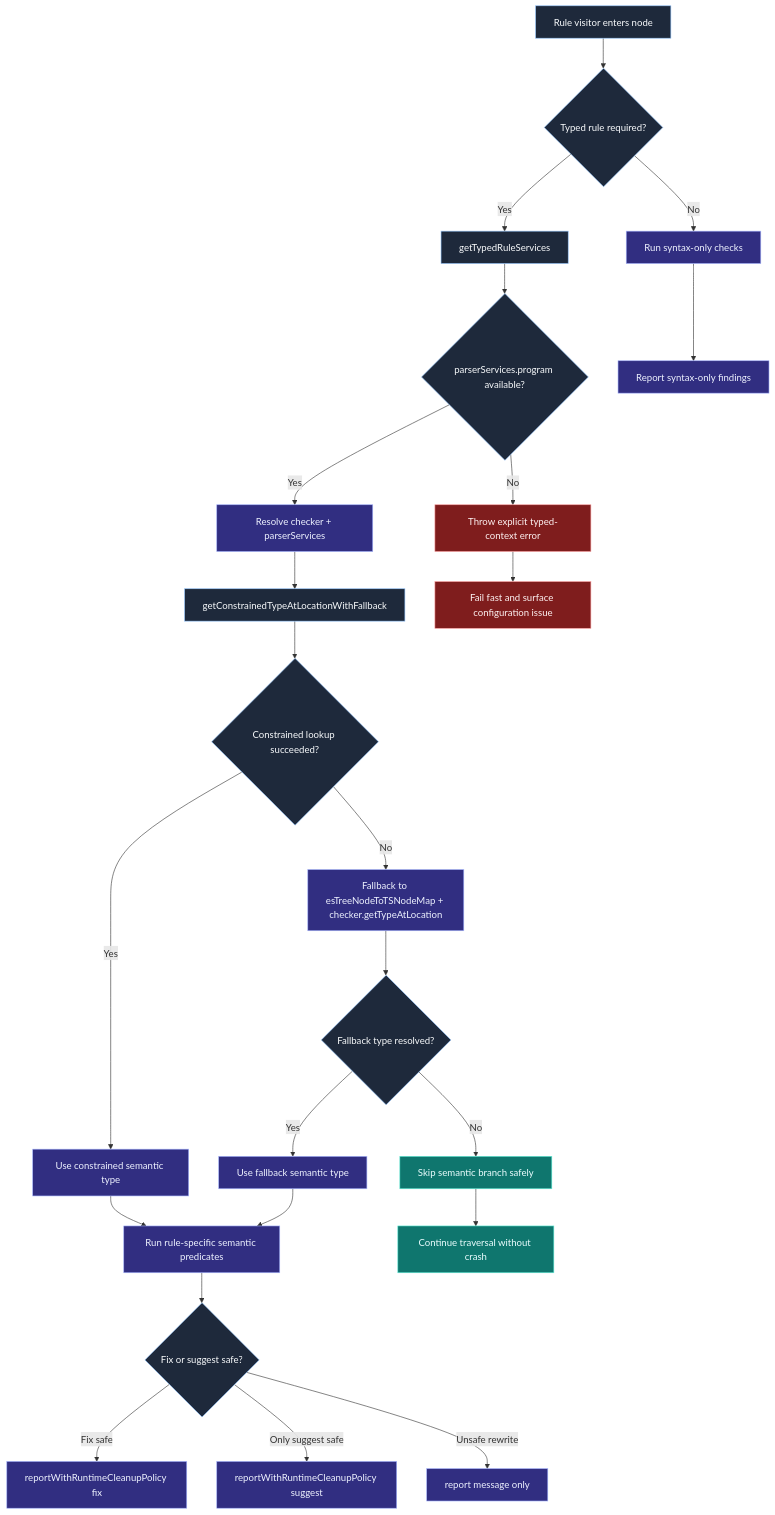
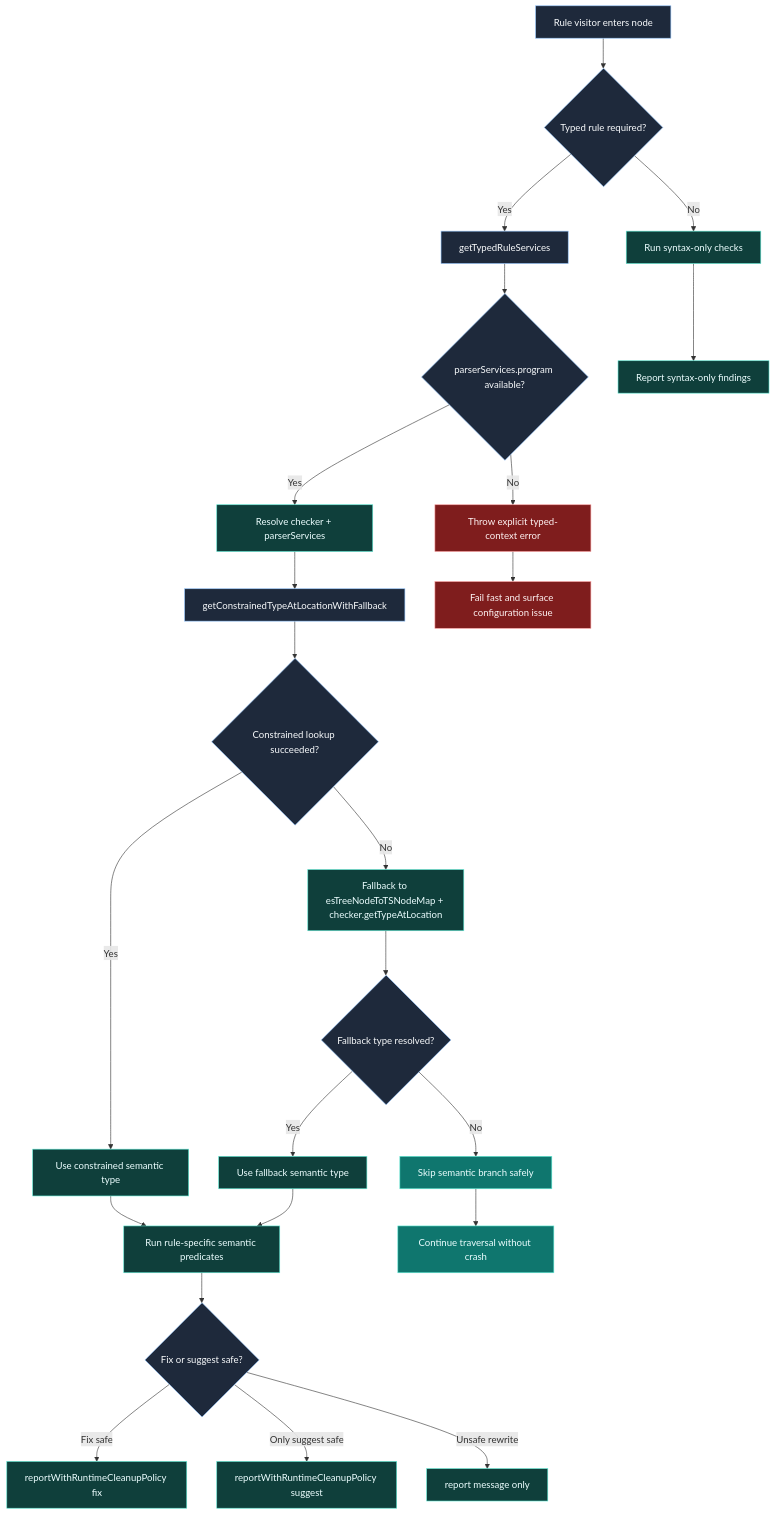
Before and after one commit to Nick2bad4u/eslint-plugin-runtime-cleanup: the diagram in docs/docusaurus/site-docs/developer/charts/typed-rule-semantic-analysis-flow.md, drawn with Mermaid. The commit also changed 46 other files, not shown here.

````diff
--- a/docs/docusaurus/site-docs/developer/charts/typed-rule-semantic-analysis-flow.md
+++ b/docs/docusaurus/site-docs/developer/charts/typed-rule-semantic-analysis-flow.md
@@ -11,40 +11,40 @@
 ```mermaid
 flowchart TD
     classDef entry fill:#1e293b,stroke:#93c5fd,color:#f8fafc,stroke-width:1px
     classDef guard fill:#0f766e,stroke:#5eead4,color:#ecfeff,stroke-width:1px
     classDef fail fill:#7f1d1d,stroke:#fca5a5,color:#fef2f2,stroke-width:1px
-    classDef path fill:#312e81,stroke:#a5b4fc,color:#eef2ff,stroke-width:1px
+    classDef path fill:#0f3f3b,stroke:#5eead4,color:#ecfeff,stroke-width:1px
 
     A[Rule visitor enters node] --> B{Typed rule required?}
     B -->|No| C[Run syntax-only checks]
     B -->|Yes| D[getTypedRuleServices]
 
     D --> E{parserServices.program available?}
     E -->|No| F[Throw explicit typed-context error]
     E -->|Yes| G[Resolve checker + parserServices]
 
     G --> H[getConstrainedTypeAtLocationWithFallback]
     H --> I{Constrained lookup succeeded?}
     I -->|Yes| J[Use constrained semantic type]
     I -->|No| K[Fallback to esTreeNodeToTSNodeMap + checker.getTypeAtLocation]
 
     K --> L{Fallback type resolved?}
     L -->|No| M[Skip semantic branch safely]
     L -->|Yes| N[Use fallback semantic type]
 
     J --> O[Run rule-specific semantic predicates]
     N --> O
     C --> P[Report syntax-only findings]
     O --> Q{Fix or suggest safe?}
     Q -->|Fix safe| R[reportWithRuntimeCleanupPolicy fix]
     Q -->|Only suggest safe| S[reportWithRuntimeCleanupPolicy suggest]
     Q -->|Unsafe rewrite| T[report message only]
 
     F --> U[Fail fast and surface configuration issue]
     M --> V[Continue traversal without crash]
 
     class A,B,D,E,H,I,L,Q entry
     class C,G,J,K,N,O,P,R,S,T path
     class M,V guard
     class F,U fail
 ```
````
